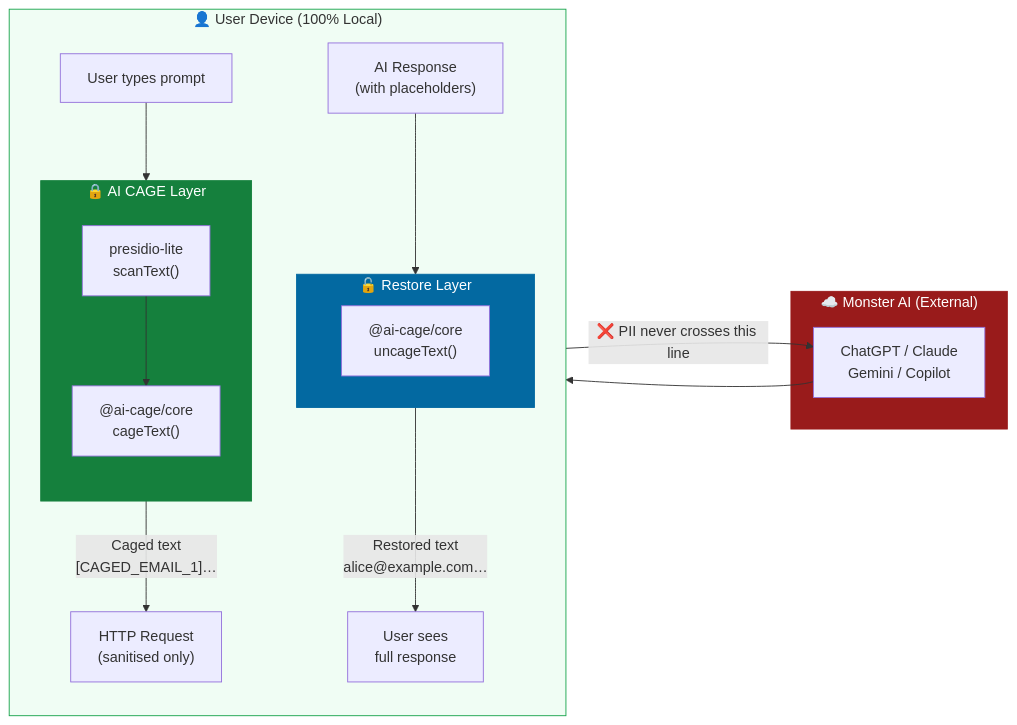
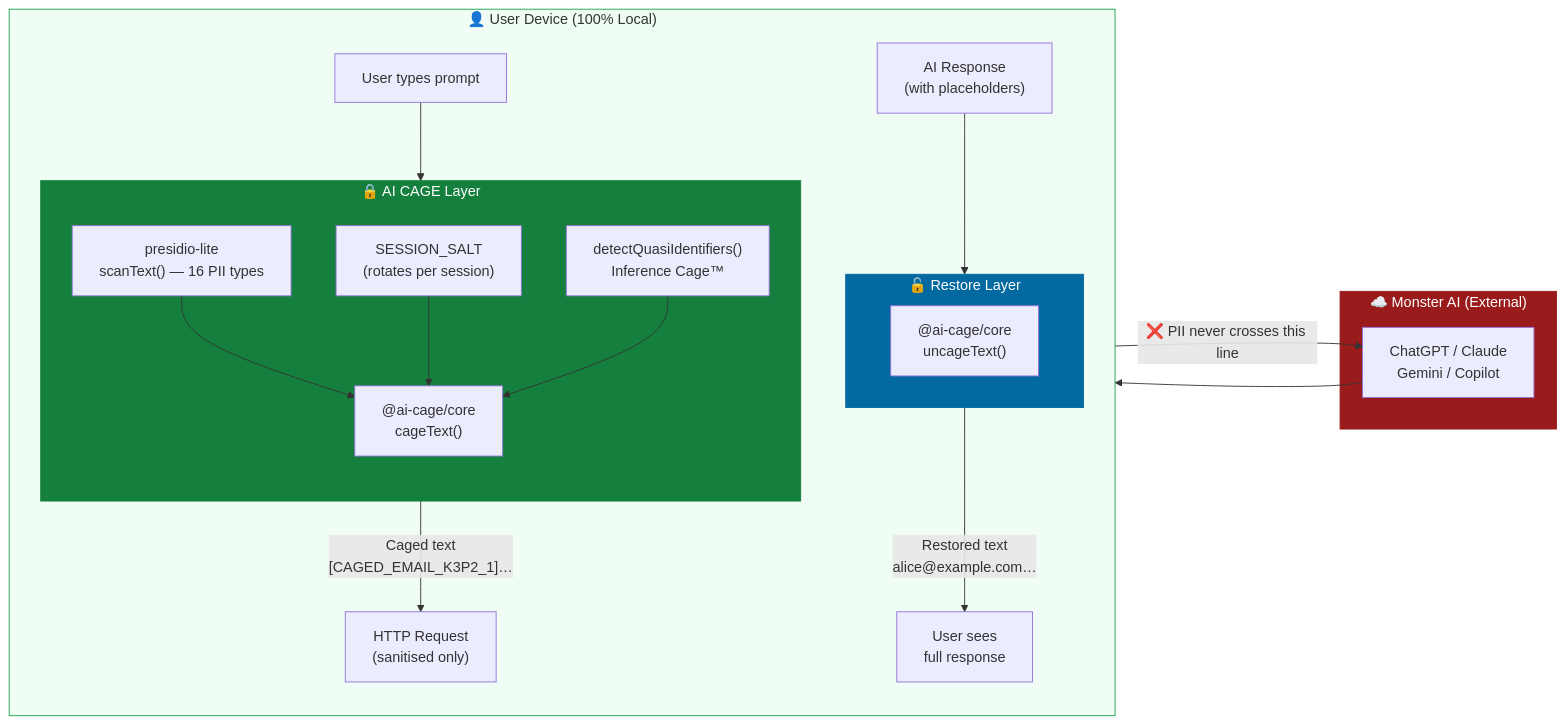
The first of 3 diagrams in docs/ARCHITECTURE.md (smartsniper31/ai-cage), drawn with Mermaid before and after one commit. The commit also changed other lines of this file and 5 other files, not shown here.

Commit message:
docs: v0.6.0 final — README 9 cages + 16 PII + Ephemeral Tokens; ARCHITECTURE SESSION_SALT + dedup; THREAT_MODEL Cage 8+9 live; PRIVACY_GUARANTEE v0.6.0; PHASE5_8 all fixes

````diff
--- a/docs/ARCHITECTURE.md
+++ b/docs/ARCHITECTURE.md
@@ -9,35 +12,39 @@
 ```mermaid
 flowchart LR
     subgraph USER["👤 User Device (100% Local)"]
         direction TB
         U[User types prompt] --> CAGE
 
         subgraph CAGE["🔒 AI CAGE Layer"]
             direction TB
-            SCAN["presidio-lite\nscanText()"]
+            SALT["SESSION_SALT\n(rotates per session)"]
+            SCAN["presidio-lite\nscanText() — 16 PII types"]
+            INFER["detectQuasiIdentifiers()\nInference Cage™"]
             CORE["@ai-cage/core\ncageText()"]
             SCAN --> CORE
+            SALT --> CORE
+            INFER --> CORE
         end
 
-        CORE -->|"Caged text\n[CAGED_EMAIL_1]…"| SEND
+        CORE -->|"Caged text\n[CAGED_EMAIL_K3P2_1]…"| SEND
         SEND["HTTP Request\n(sanitised only)"]
 
         RESP["AI Response\n(with placeholders)"] --> UNCAGE
         subgraph UNCAGE["🔓 Restore Layer"]
             UNDO["@ai-cage/core\nuncageText()"]
         end
         UNCAGE -->|"Restored text\nalice@example.com…"| DISPLAY["User sees\nfull response"]
     end
 
     subgraph MONSTER["☁️ Monster AI (External)"]
         GPT["ChatGPT / Claude\nGemini / Copilot"]
     end
 
     SEND -->|"❌ PII never crosses this line"| GPT
     GPT --> RESP
 
     style CAGE fill:#15803d,color:#fff,stroke:#15803d
     style UNCAGE fill:#0369a1,color:#fff,stroke:#0369a1
     style MONSTER fill:#991b1b,color:#fff,stroke:#991b1b
     style USER fill:#f0fdf4,stroke:#16a34a
 ```
````
